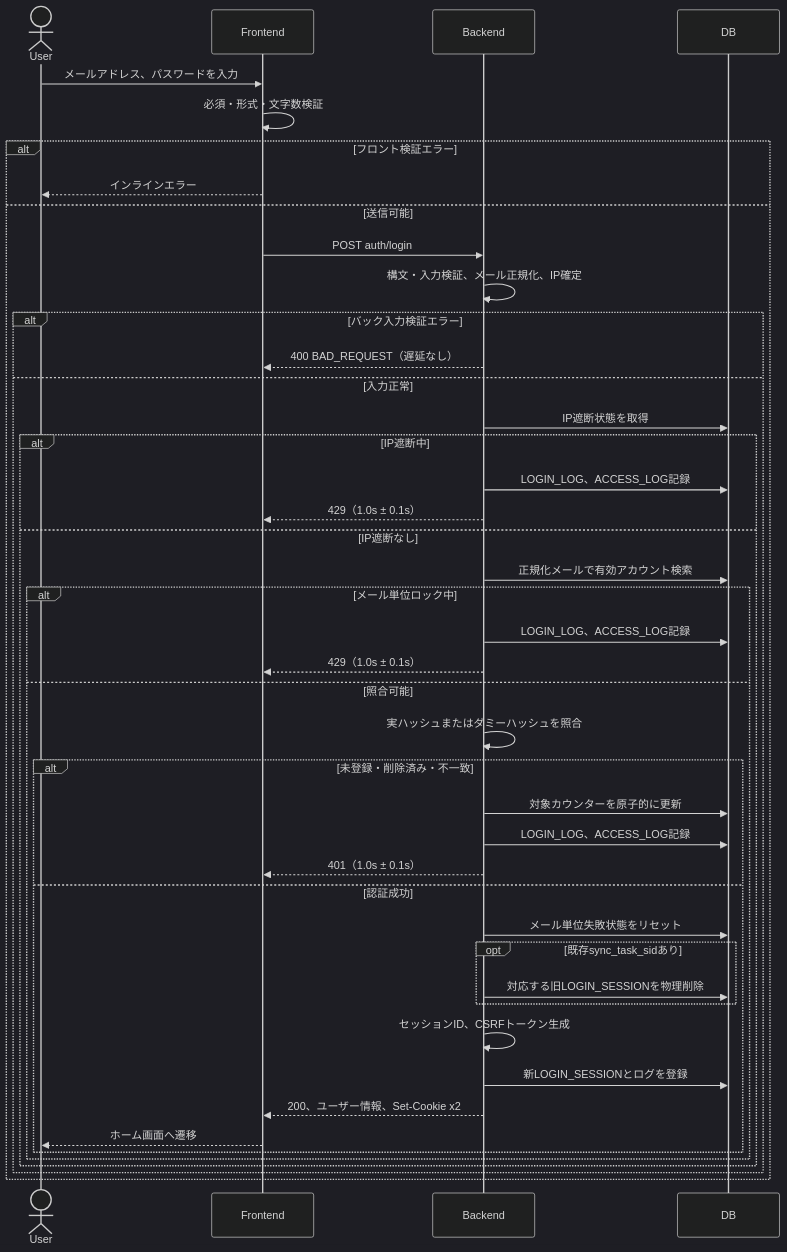
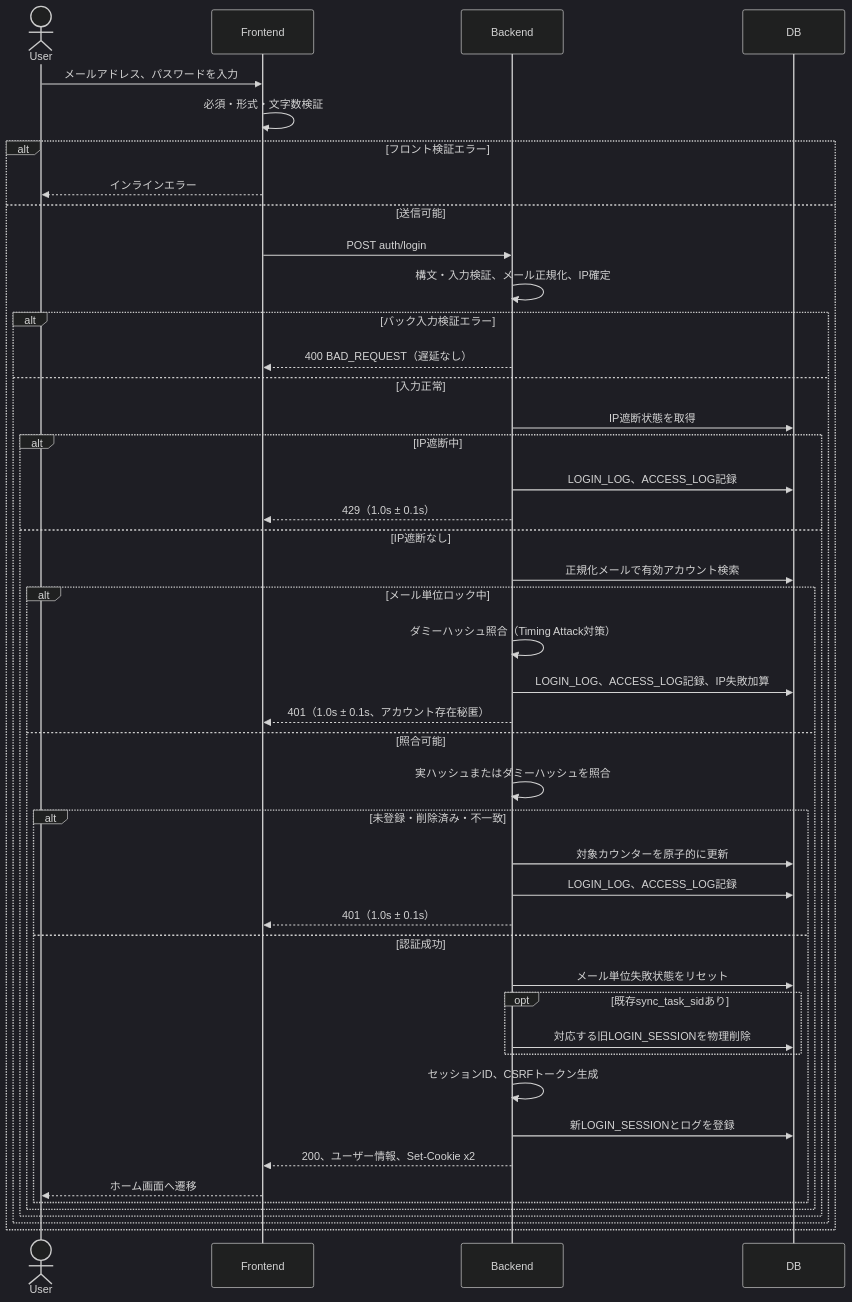
One commit to TUS-TI-dev-team/SyncTask changed the diagram in docs/design/process_design/04_login.md. Above: the diagram before and after it, drawn with Mermaid (dark theme). The commit also changed other lines of this file and 60 other files, not shown here.

````diff
--- a/docs/design/process_design/04_login.md
+++ b/docs/design/process_design/04_login.md
@@ -42,46 +42,47 @@
 ```mermaid
 sequenceDiagram
     actor User
     participant Frontend
     participant Backend
     participant DB
     User->>Frontend: メールアドレス、パスワードを入力
     Frontend->>Frontend: 必須・形式・文字数検証
     alt フロント検証エラー
         Frontend-->>User: インラインエラー
     else 送信可能
         Frontend->>Backend: POST auth/login
         Backend->>Backend: 構文・入力検証、メール正規化、IP確定
         alt バック入力検証エラー
             Backend-->>Frontend: 400 BAD_REQUEST（遅延なし）
         else 入力正常
             Backend->>DB: IP遮断状態を取得
             alt IP遮断中
                 Backend->>DB: LOGIN_LOG、ACCESS_LOG記録
                 Backend-->>Frontend: 429（1.0s ± 0.1s）
             else IP遮断なし
                 Backend->>DB: 正規化メールで有効アカウント検索
                 alt メール単位ロック中
-                    Backend->>DB: LOGIN_LOG、ACCESS_LOG記録
-                    Backend-->>Frontend: 429（1.0s ± 0.1s）
+                    Backend->>Backend: ダミーハッシュ照合（Timing Attack対策）
+                    Backend->>DB: LOGIN_LOG、ACCESS_LOG記録、IP失敗加算
+                    Backend-->>Frontend: 401（1.0s ± 0.1s、アカウント存在秘匿）
                 else 照合可能
                     Backend->>Backend: 実ハッシュまたはダミーハッシュを照合
                     alt 未登録・削除済み・不一致
                         Backend->>DB: 対象カウンターを原子的に更新
                         Backend->>DB: LOGIN_LOG、ACCESS_LOG記録
                         Backend-->>Frontend: 401（1.0s ± 0.1s）
                     else 認証成功
                         Backend->>DB: メール単位失敗状態をリセット
                         opt 既存sync_task_sidあり
                             Backend->>DB: 対応する旧LOGIN_SESSIONを物理削除
                         end
                         Backend->>Backend: セッションID、CSRFトークン生成
                         Backend->>DB: 新LOGIN_SESSIONとログを登録
                         Backend-->>Frontend: 200、ユーザー情報、Set-Cookie x2
                         Frontend-->>User: ホーム画面へ遷移
                     end
                 end
             end
         end
     end
 ```
````
